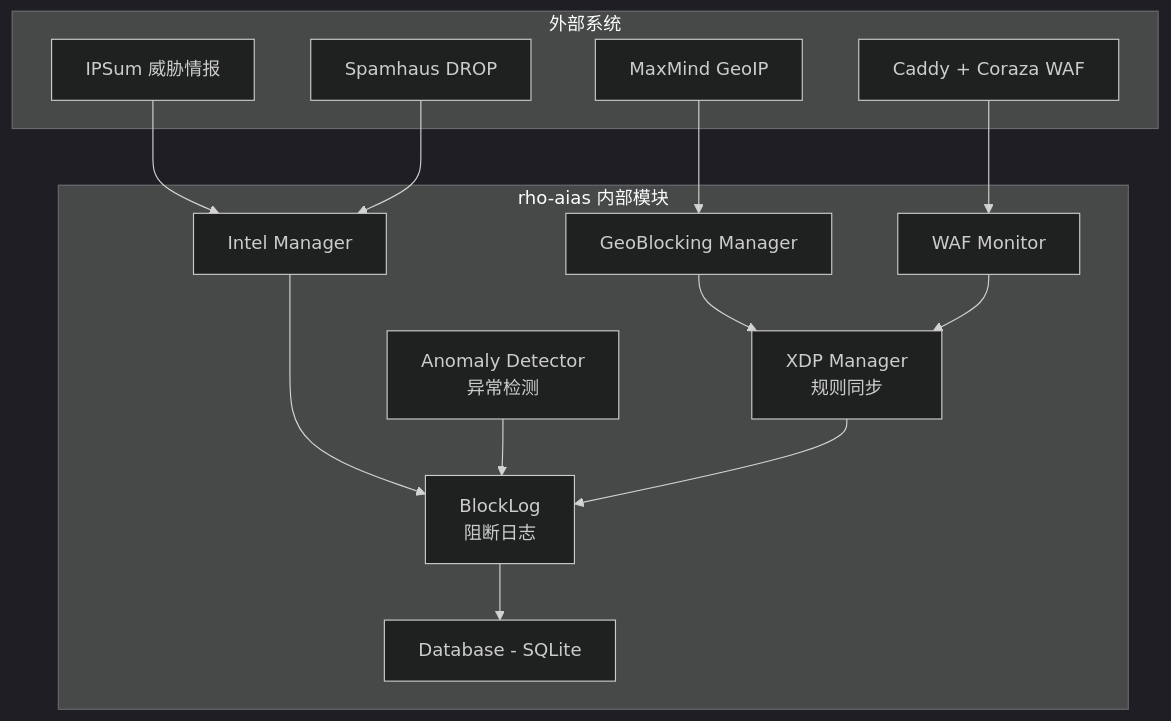
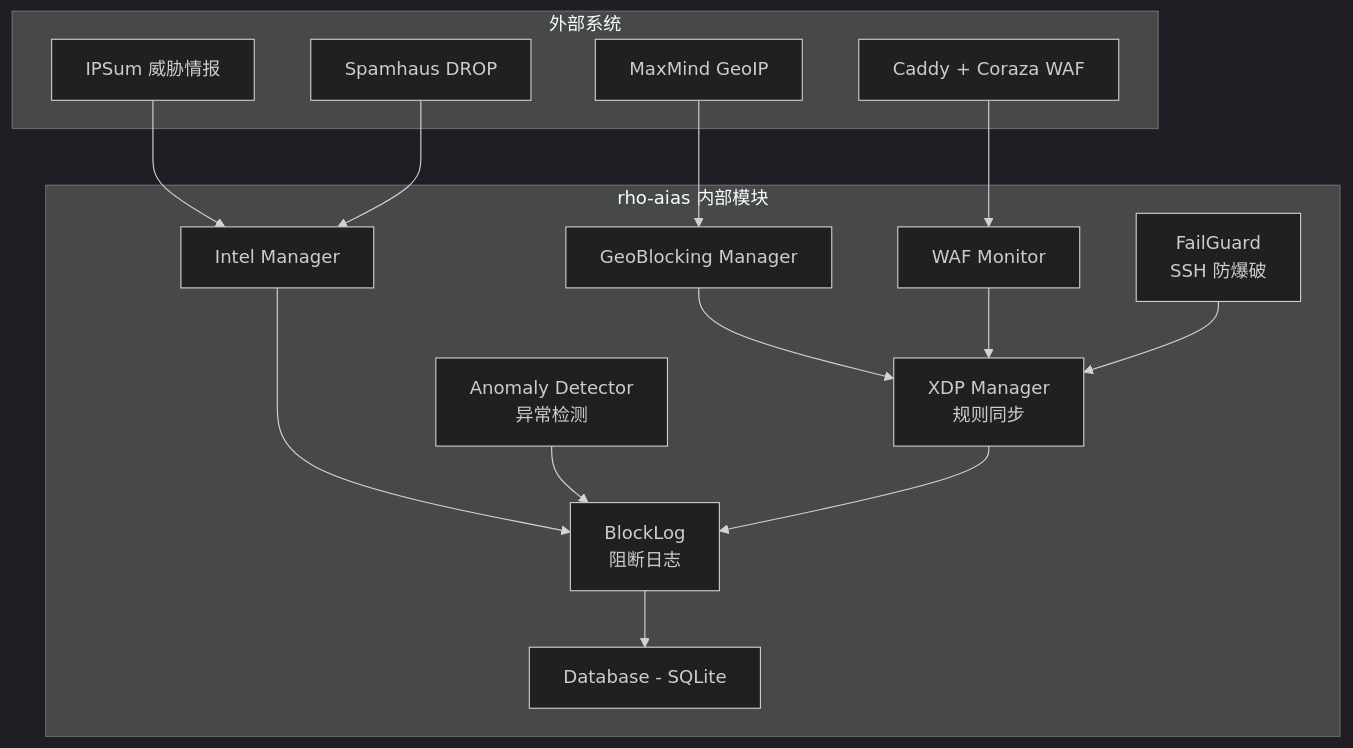
The third of 3 diagrams in docs/guide/architecture.md (LingJianCode/rho-aias-doc), drawn with Mermaid (dark theme) before and after one commit. The commit also changed other lines of this file and 7 other files, not shown here.

````diff
--- a/docs/guide/architecture.md
+++ b/docs/guide/architecture.md
@@ -119,31 +120,33 @@
 ```mermaid
 graph TB
     subgraph External["外部系统"]
         IPSum["IPSum 威胁情报"]
         Spamhaus["Spamhaus DROP"]
         MaxMind["MaxMind GeoIP"]
         WAF["Caddy + Coraza WAF"]
     end
 
     subgraph Internal["rho-aias 内部模块"]
         IntelMgr["Intel Manager"]
         GeoMgr["GeoBlocking Manager"]
         WAFMon["WAF Monitor"]
+        FailGuard["FailGuard<br/>SSH 防爆破"]
         Anomaly["Anomaly Detector<br/>异常检测"]
         XDPMgr["XDP Manager<br/>规则同步"]
         BlockLog["BlockLog<br/>阻断日志"]
         DB["Database - SQLite"]
     end
 
     IPSum --> IntelMgr
     Spamhaus --> IntelMgr
     MaxMind --> GeoMgr
     WAF --> WAFMon
 
     IntelMgr --> BlockLog
     GeoMgr --> XDPMgr
     WAFMon --> XDPMgr
+    FailGuard --> XDPMgr
     Anomaly --> BlockLog
     XDPMgr --> BlockLog
     BlockLog --> DB
 ```
````
